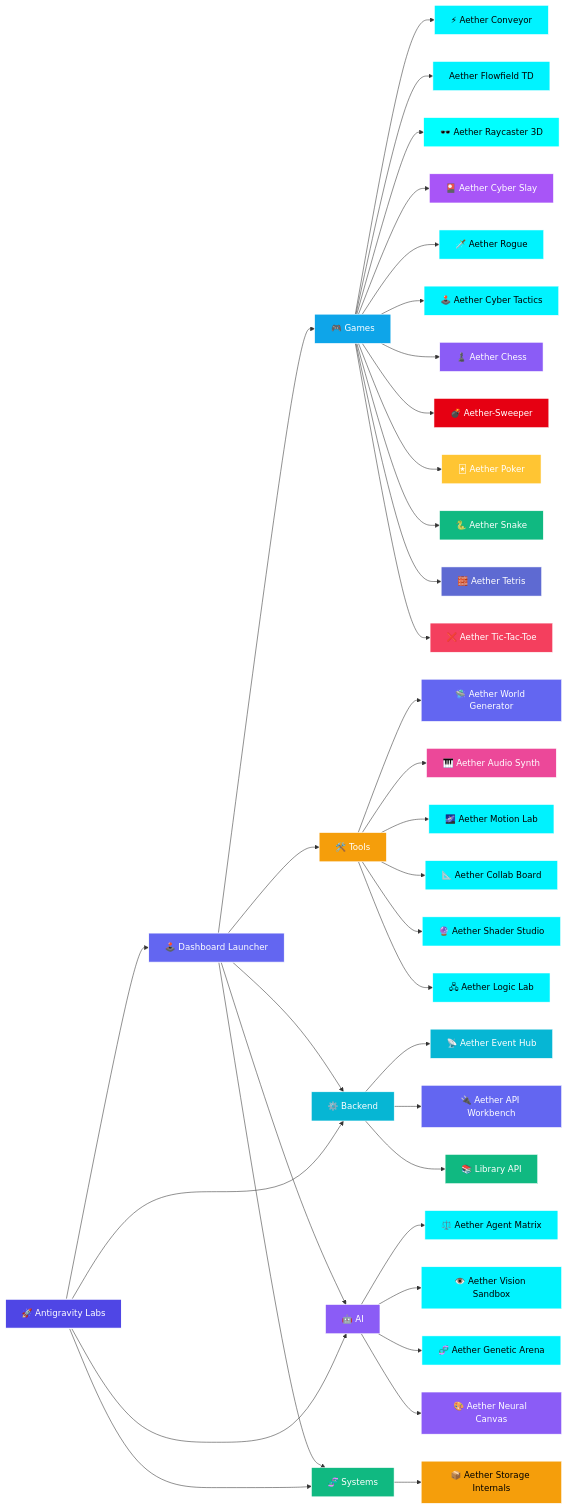
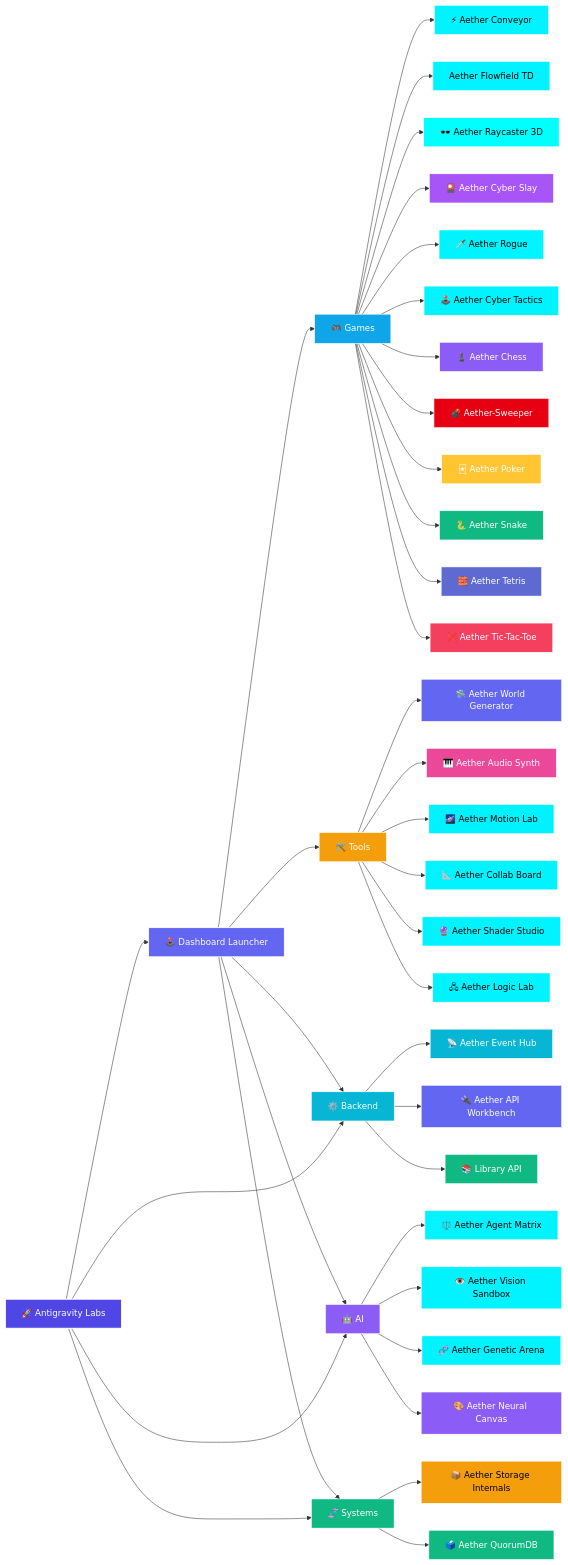
Before and after one commit to Leturnos/antigravity-labs: the diagram in README.md, drawn with Mermaid. The commit also changed other lines of this file and 10 other files, not shown here.

Commit message:
feat(quorum-db): scaffold Aether QuorumDB project and launcher integration

```diff
--- a/README.md
+++ b/README.md
@@ -83,6 +84,7 @@
     Backend --> LibraryAPI["📚 Library API"]
 
     Systems --> StorageInternals["📦 Aether Storage Internals"]
+    Systems --> QuorumDB["🗳️ Aether QuorumDB"]
     
     Tools --> WorldGen["🛸 Aether World Generator"]
     Tools --> AudioSynth["🎹 Aether Audio Synth"]
@@ -118,6 +120,7 @@
     style EventHub fill:#06b6d4,stroke:#fff,stroke-width:1px,color:#fff
     style APIWorkbench fill:#6366f1,stroke:#fff,stroke-width:1px,color:#fff
     style StorageInternals fill:#f59e0b,stroke:#fff,stroke-width:1px,color:#000
+    style QuorumDB fill:#10b981,stroke:#fff,stroke-width:1px,color:#fff
     style LibraryAPI fill:#10b981,stroke:#fff,stroke-width:1px,color:#fff
     style WorldGen fill:#6366f1,stroke:#fff,stroke-width:1px,color:#fff
     style AudioSynth fill:#ec4899,stroke:#fff,stroke-width:1px,color:#fff
```
